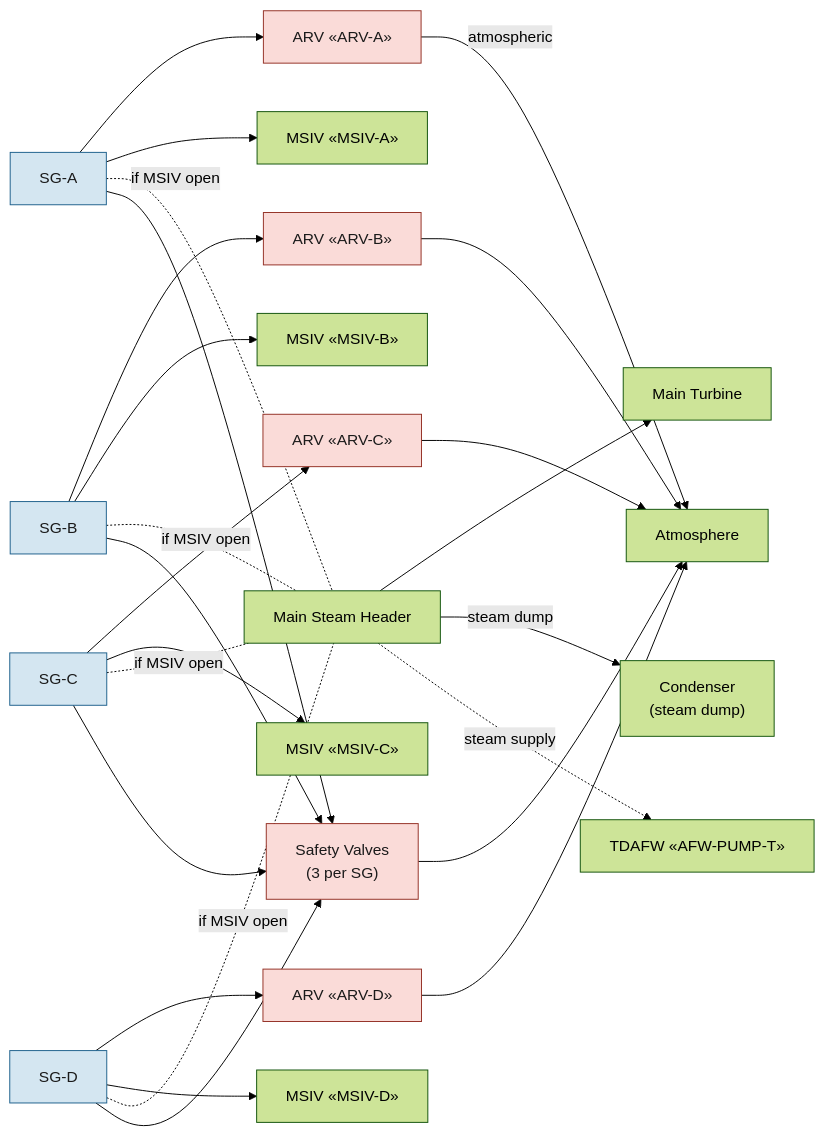
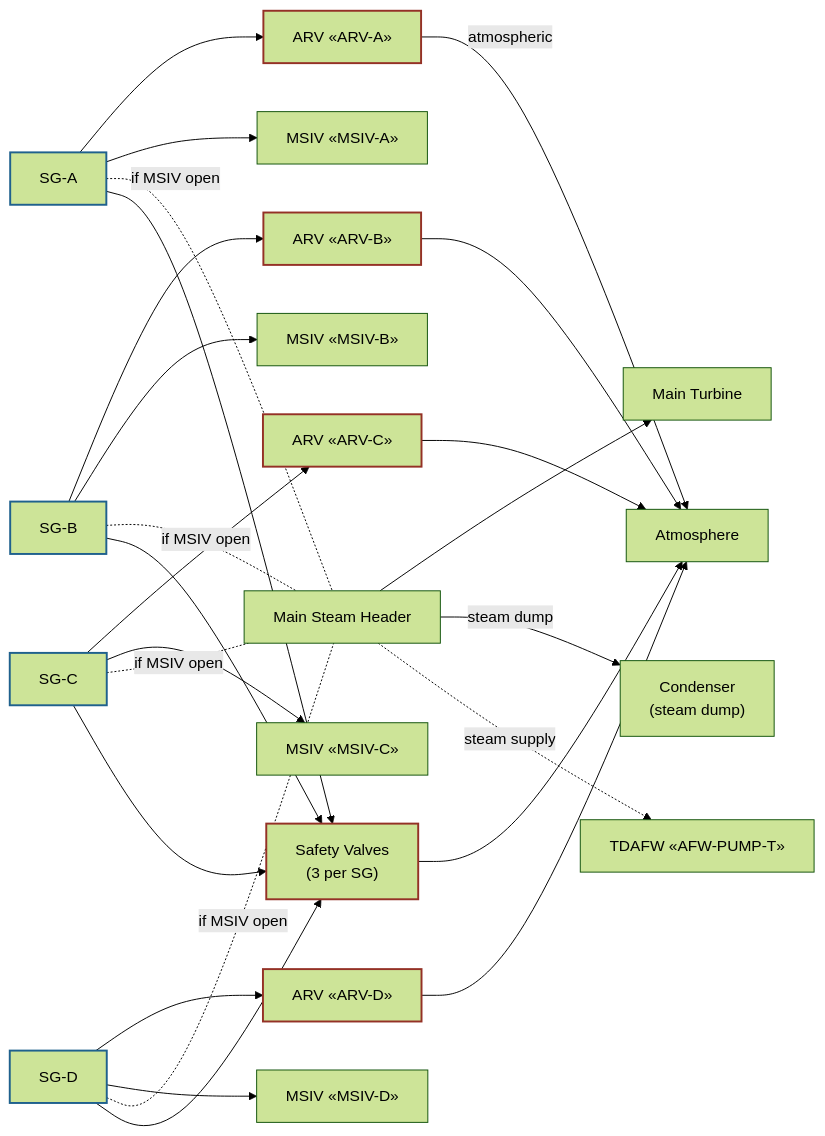
One commit to samsinn-wikis/pwr-ops changed the diagram in wiki/systems/mss.md. Above: the diagram before and after it, drawn with Mermaid (forest theme). The commit also changed 14 other files, not shown here.

````diff
--- a/wiki/systems/mss.md
+++ b/wiki/systems/mss.md
@@ -29,45 +29,45 @@
 ```mermaid
 flowchart LR
     SG_A["SG-A"]
     SG_B["SG-B"]
     SG_C["SG-C"]
     SG_D["SG-D"]
     MSIV_A["MSIV «MSIV-A»"]
     MSIV_B["MSIV «MSIV-B»"]
     MSIV_C["MSIV «MSIV-C»"]
     MSIV_D["MSIV «MSIV-D»"]
     ARV_A["ARV «ARV-A»"]
     ARV_B["ARV «ARV-B»"]
     ARV_C["ARV «ARV-C»"]
     ARV_D["ARV «ARV-D»"]
     SAF["Safety Valves<br/>(3 per SG)"]
     HEADER["Main Steam Header"]
     TURB["Main Turbine"]
     COND["Condenser<br/>(steam dump)"]
     TDAFW["TDAFW «AFW-PUMP-T»"]
 
     SG_A --> ARV_A
     SG_A --> MSIV_A
     SG_B --> ARV_B
     SG_B --> MSIV_B
     SG_C --> ARV_C
     SG_C --> MSIV_C
     SG_D --> ARV_D
     SG_D --> MSIV_D
     SG_A & SG_B & SG_C & SG_D -. "if MSIV open" .- HEADER
     HEADER --> TURB
     HEADER -- "steam dump" --> COND
     HEADER -. "steam supply" .-> TDAFW
     SG_A & SG_B & SG_C & SG_D --> SAF
 
     ARV_A -- "atmospheric" --> ATM["Atmosphere"]
     ARV_B --> ATM
     ARV_C --> ATM
     ARV_D --> ATM
     SAF --> ATM
 
-    classDef sg fill:#d4e6f1,stroke:#1f618d,color:#1a1a1a
-    classDef relief fill:#fadbd8,stroke:#943126,color:#1a1a1a
+    classDef sg stroke:#1f618d,stroke-width:2px
+    classDef relief stroke:#943126,stroke-width:2px
     class SG_A,SG_B,SG_C,SG_D sg
     class SAF,ARV_A,ARV_B,ARV_C,ARV_D relief
 ```
````
